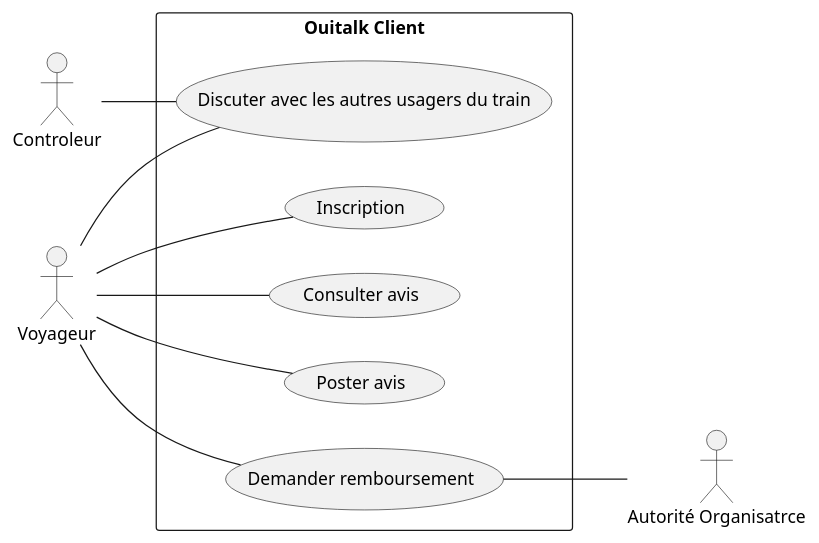
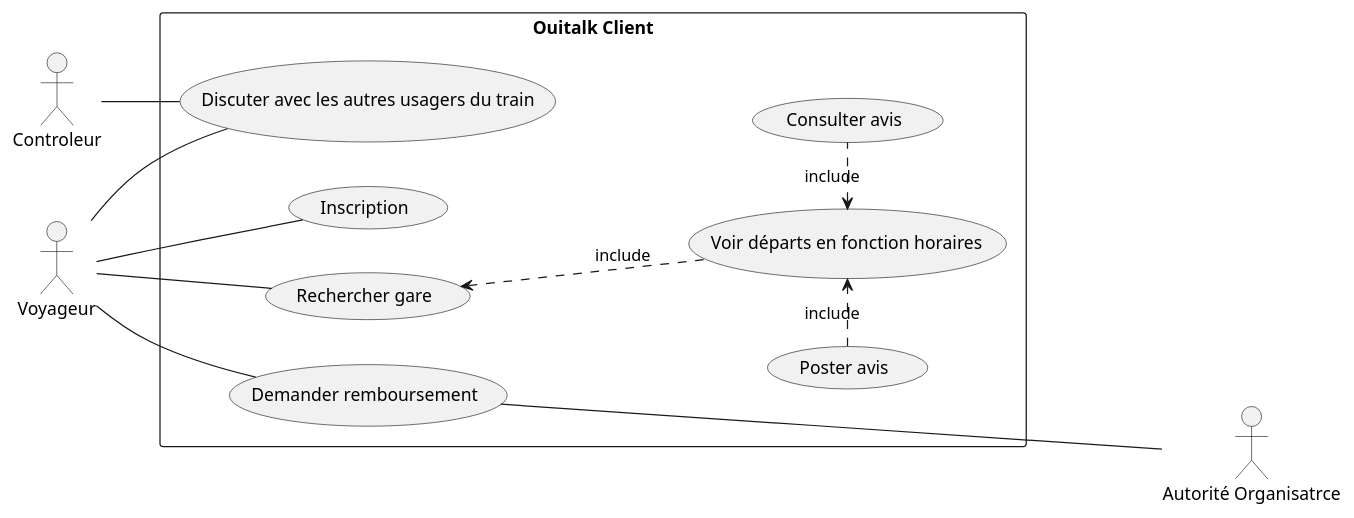
The diagram in files/diagrams/ouitalk-client.pu (MonsieurMan/ReportBuilder), drawn with PlantUML before and after one commit. The commit also changed 4 other files, not shown here.

```diff
--- a/files/diagrams/ouitalk-client.pu
+++ b/files/diagrams/ouitalk-client.pu
@@ -1,29 +1,33 @@
 @startuml ouitalk-client-usecase
 
 left to right direction
 skinparam packageStyle rectangle
 skinparam monochrome true
 skinparam shadowing false
 
 :Controleur: as CTRL
 :Voyageur: as VOY
 :Autorité Organisatrce: as OA
 
 rectangle "Ouitalk Client" {
     (Discuter avec les autres usagers du train) as discUs
     (Inscription) as insc
+    (Rechercher gare) as recGare
+    (Voir départs en fonction horaires) as consDépart
     (Consulter avis) as vAvis
     (Poster avis) as pAvis
     (Demander remboursement) as demRemb
     
+    VOY -- demRemb
+    demRemb ---- OA
+    
+    VOY -- recGare
+    recGare <.. consDépart : include
+    consDépart <. vAvis : include
+    consDépart <.left. pAvis : include
+    VOY -- insc
+    
+    VOY -- discUs
     CTRL -- discUs
-
-    VOY -- discUs
-    VOY -- insc
-    VOY -- vAvis
-    VOY -- pAvis
-    VOY -- demRemb
-
-    demRemb -- OA
 }
 @enduml
```
